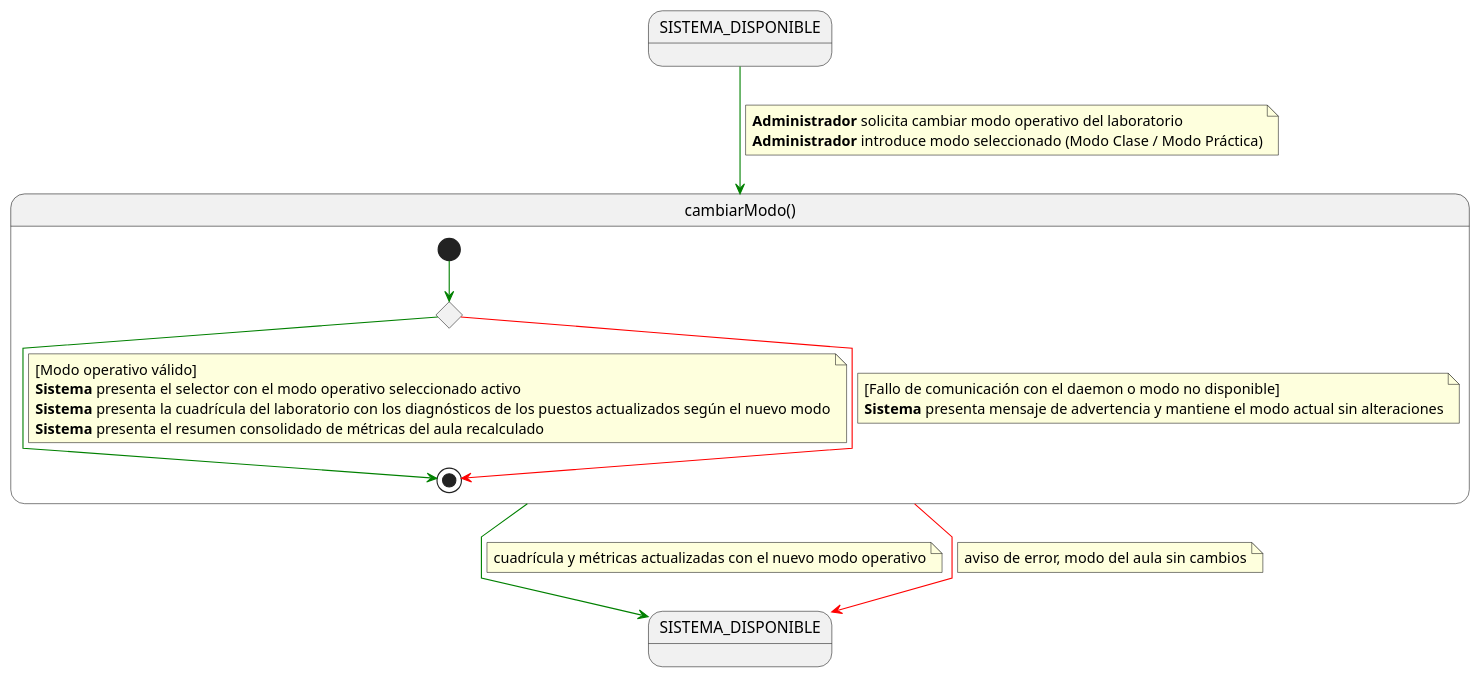
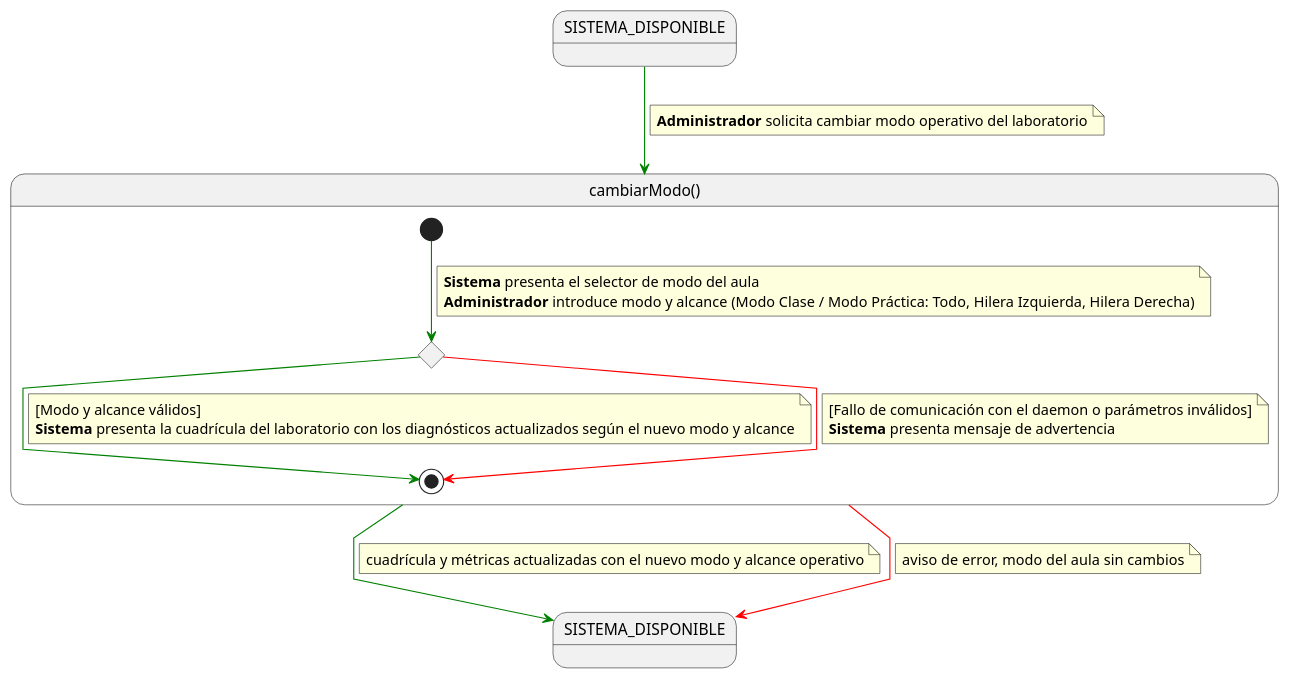
Before and after one commit to Carlos-Lima2510/mesh-panel: the diagram in RUP/01-requisitos/01-detalle-casos-uso/cambiarModo/especificacion.puml, drawn with PlantUML. The commit also changed 23 other files, not shown here.

Commit message:
feat(practica): soportar ambitos de aula hibrida en cambiarModo y adaptar frontend

```diff
--- a/RUP/01-requisitos/01-detalle-casos-uso/cambiarModo/especificacion.puml
+++ b/RUP/01-requisitos/01-detalle-casos-uso/cambiarModo/especificacion.puml
@@ -1,45 +1,46 @@
 @startuml especificacion
 
 skinparam linetype polyline
 
 state SISTEMA_DISPONIBLE
 state SISTEMA_DISPONIBLE_SALIDA as "SISTEMA_DISPONIBLE"
 
 SISTEMA_DISPONIBLE -[#green]-> cambiarModo
 note on link
 <b>Administrador</b> solicita cambiar modo operativo del laboratorio
-<b>Administrador</b> introduce modo seleccionado (Modo Clase / Modo Práctica)
 end note
 
 state cambiarModo as "cambiarModo()" {
 
     state c <<choice>>
 
     [*] -[#green]-> c
+    note on link
+    <b>Sistema</b> presenta el selector de modo del aula
+    <b>Administrador</b> introduce modo y alcance (Modo Clase / Modo Práctica: Todo, Hilera Izquierda, Hilera Derecha)
+    end note
 
     c -[#green]-> [*]
     note on link
-    [Modo operativo válido]
-    <b>Sistema</b> presenta el selector con el modo operativo seleccionado activo
-    <b>Sistema</b> presenta la cuadrícula del laboratorio con los diagnósticos de los puestos actualizados según el nuevo modo
-    <b>Sistema</b> presenta el resumen consolidado de métricas del aula recalculado
+    [Modo y alcance válidos]
+    <b>Sistema</b> presenta la cuadrícula del laboratorio con los diagnósticos actualizados según el nuevo modo y alcance
     end note
 
     c -[#red]-> [*]
     note on link
-    [Fallo de comunicación con el daemon o modo no disponible]
-    <b>Sistema</b> presenta mensaje de advertencia y mantiene el modo actual sin alteraciones
+    [Fallo de comunicación con el daemon o parámetros inválidos]
+    <b>Sistema</b> presenta mensaje de advertencia
     end note
 }
 
 cambiarModo -[#green]-> SISTEMA_DISPONIBLE_SALIDA
 note on link
-cuadrícula y métricas actualizadas con el nuevo modo operativo
+cuadrícula y métricas actualizadas con el nuevo modo y alcance operativo
 end note
 
 cambiarModo -[#red]-> SISTEMA_DISPONIBLE_SALIDA
 note on link
 aviso de error, modo del aula sin cambios
 end note
 
 @enduml
```
